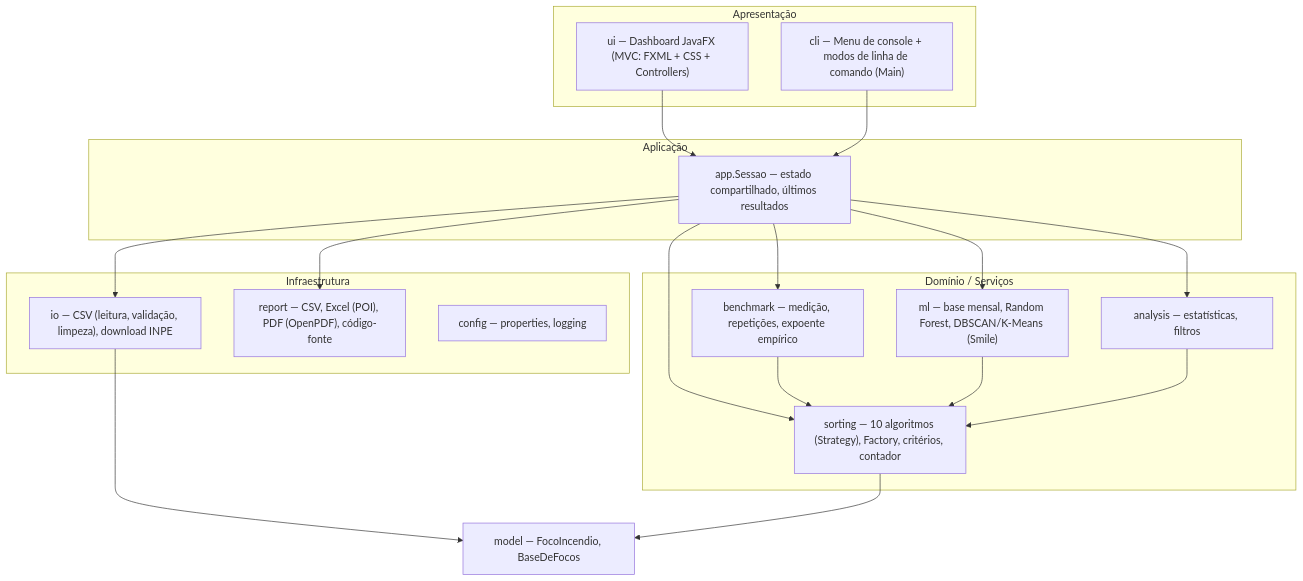
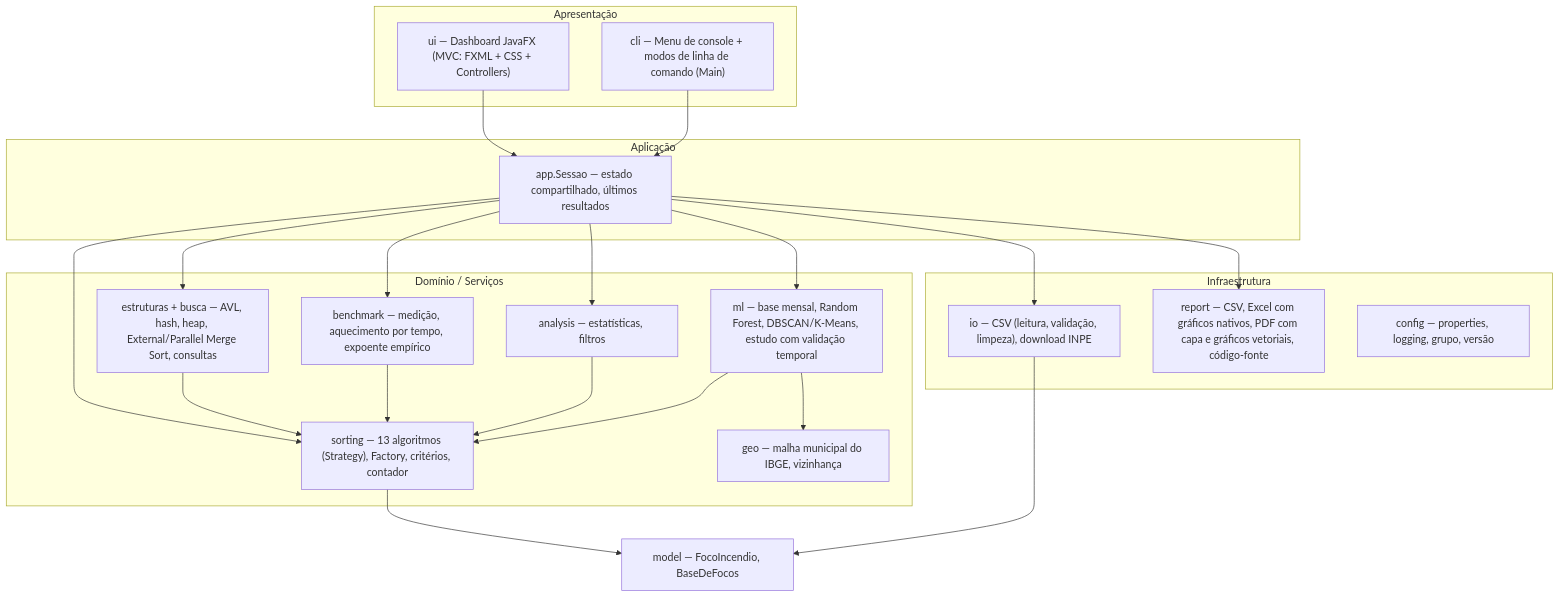
The first of 5 diagrams in docs/ARQUITETURA.md (UMOBUGA/aps-queimadas), drawn with Mermaid before and after one commit. The commit also changed other lines of this file and 58 other files, not shown here.

Commit message:
Fase 9: benchmark, JMH, estruturas e PIT refeitos com os 13 algoritmos; prints e GIF novos; README, ARQUITETURA, DESIGN, BENCHMARK, ESTRUTURAS, QUALIDADE, BANCA e manual atualizados

````diff
--- a/docs/ARQUITETURA.md
+++ b/docs/ARQUITETURA.md
@@ -5,31 +5,34 @@
 ```mermaid
 flowchart TB
     subgraph Apresentacao["Apresentação"]
         UI["ui — Dashboard JavaFX (MVC: FXML + CSS + Controllers)"]
         CLI["cli — Menu de console + modos de linha de comando (Main)"]
     end
     subgraph Aplicacao["Aplicação"]
         APP["app.Sessao — estado compartilhado, últimos resultados"]
     end
     subgraph Dominio["Domínio / Serviços"]
-        SORT["sorting — 10 algoritmos (Strategy), Factory, critérios, contador"]
-        BENCH["benchmark — medição, repetições, expoente empírico"]
+        SORT["sorting — 13 algoritmos (Strategy), Factory, critérios, contador"]
+        EST["estruturas + busca — AVL, hash, heap, External/Parallel Merge Sort, consultas"]
+        BENCH["benchmark — medição, aquecimento por tempo, expoente empírico"]
         ANA["analysis — estatísticas, filtros"]
-        ML["ml — base mensal, Random Forest, DBSCAN/K-Means (Smile)"]
+        ML["ml — base mensal, Random Forest, DBSCAN/K-Means, estudo com validação temporal"]
+        GEO["geo — malha municipal do IBGE, vizinhança"]
     end
     subgraph Infra["Infraestrutura"]
         IO["io — CSV (leitura, validação, limpeza), download INPE"]
-        REP["report — CSV, Excel (POI), PDF (OpenPDF), código-fonte"]
-        CFG["config — properties, logging"]
+        REP["report — CSV, Excel com gráficos nativos, PDF com capa e gráficos vetoriais, código-fonte"]
+        CFG["config — properties, logging, grupo, versão"]
     end
     MODEL["model — FocoIncendio, BaseDeFocos"]
 
     UI --> APP
     CLI --> APP
-    APP --> SORT & BENCH & ANA & ML & IO & REP
+    APP --> SORT & EST & BENCH & ANA & ML & IO & REP
     BENCH --> SORT
-    ML --> SORT
+    EST --> SORT
+    ML --> SORT & GEO
     ANA --> SORT
     IO --> MODEL
     SORT --> MODEL
 ```
````
